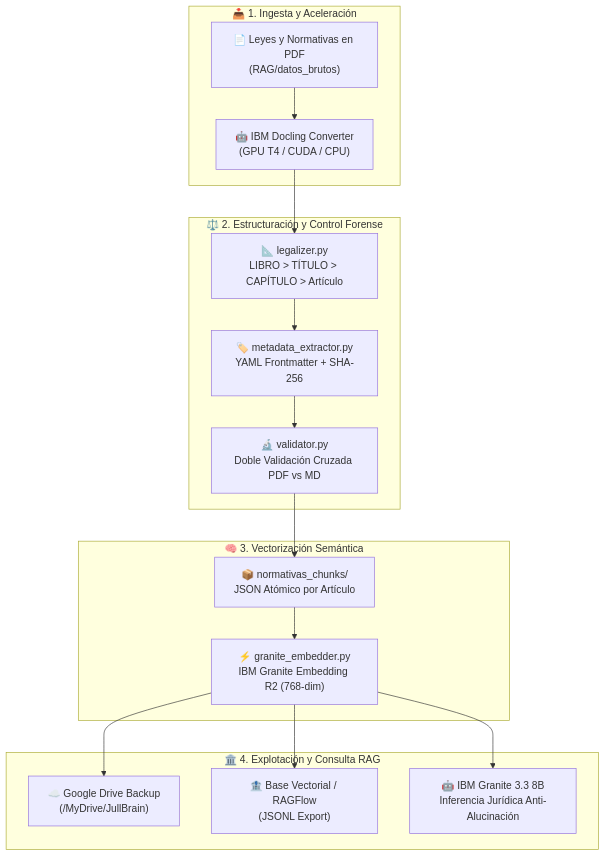
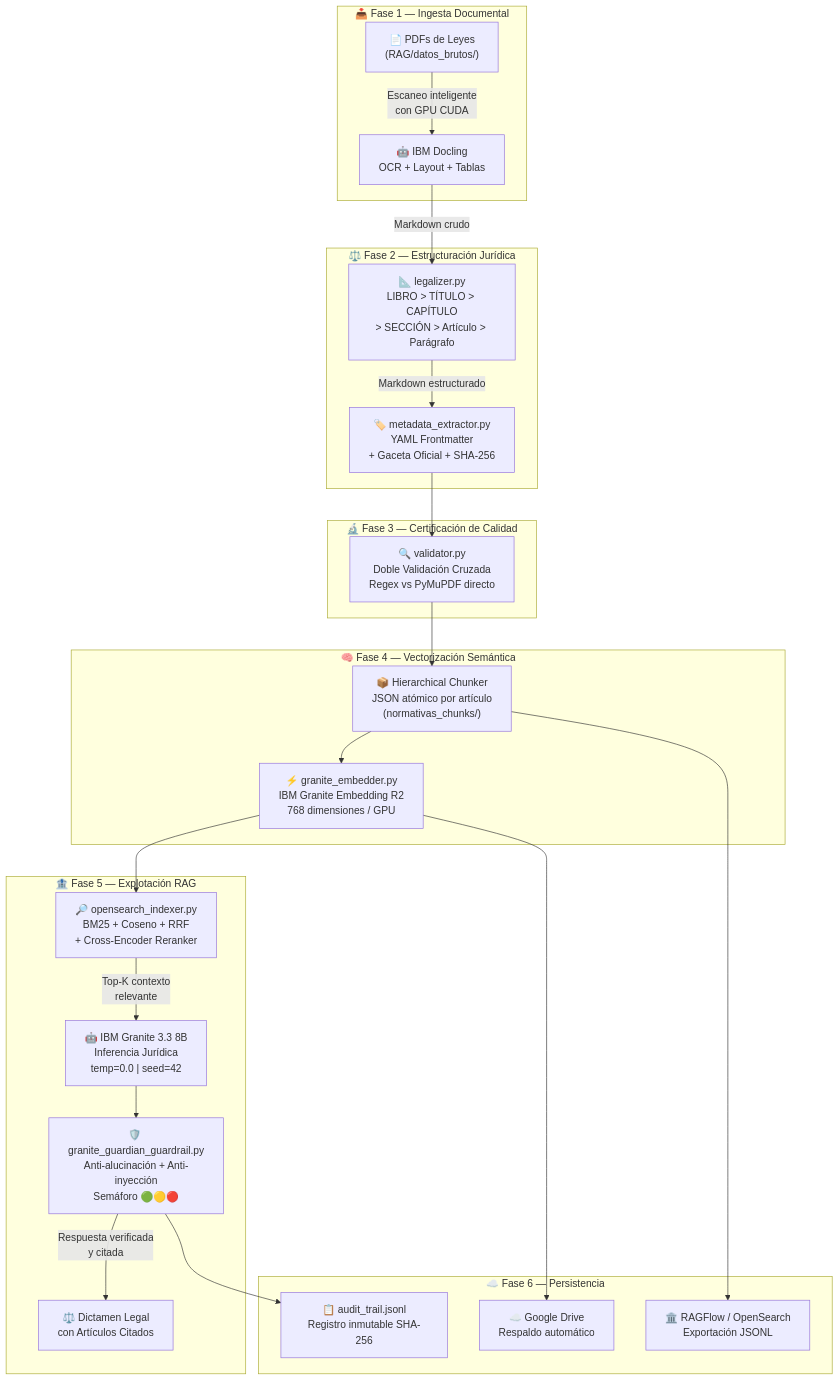
One commit to julljoll/JullBrain changed the diagram in README.md. Above: the diagram before and after it, drawn with Mermaid. The commit also changed other lines of this file, not shown here.

````diff
--- a/README.md
+++ b/README.md
@@ -32,30 +106,52 @@
 ```mermaid
-flowchart TD
-    subgraph INGESTA["📥 1. Ingesta y Aceleración"]
-        PDF["📄 Leyes y Normativas en PDF\n(RAG/datos_brutos)"]
-        DOC["🤖 IBM Docling Converter\n(GPU T4 / CUDA / CPU)"]
-        PDF --> DOC
+flowchart TB
+    subgraph INGESTA["📥 Fase 1 — Ingesta Documental"]
+        PDF["📄 PDFs de Leyes\n(RAG/datos_brutos/)"]
+        DOC["🤖 IBM Docling\nOCR + Layout + Tablas"]
+        PDF -->|"Escaneo inteligente\ncon GPU CUDA"| DOC
     end
 
-    subgraph PROCESAMIENTO["⚖️ 2. Estructuración y Control Forense"]
-        LEG["📐 legalizer.py\nLIBRO > TÍTULO > CAPÍTULO > Artículo"]
-        META["🏷️ metadata_extractor.py\nYAML Frontmatter + SHA-256"]
-        VAL["🔬 validator.py\nDoble Validación Cruzada PDF vs MD"]
-        DOC --> LEG --> META --> VAL
+    subgraph LEGAL["⚖️ Fase 2 — Estructuración Jurídica"]
+        LEG["📐 legalizer.py\nLIBRO > TÍTULO > CAPÍTULO\n> SECCIÓN > Artículo > Parágrafo"]
+        META["🏷️ metadata_extractor.py\nYAML Frontmatter\n+ Gaceta Oficial + SHA-256"]
+        DOC -->|"Markdown crudo"| LEG
+        LEG -->|"Markdown estructurado"| META
     end
 
-    subgraph VECTORIZACION["🧠 3. Vectorización Semántica"]
-        EMB["⚡ granite_embedder.py\nIBM Granite Embedding R2 (768-dim)"]
-        CHUNK["📦 normativas_chunks/\nJSON Atómico por Artículo"]
+    subgraph QA["🔬 Fase 3 — Certificación de Calidad"]
+        VAL["🔍 validator.py\nDoble Validación Cruzada\nRegex vs PyMuPDF directo"]
+        META --> VAL
+    end
+
+    subgraph VECTOR["🧠 Fase 4 — Vectorización Semántica"]
+        CHUNK["📦 Hierarchical Chunker\nJSON atómico por artículo\n(normativas_chunks/)"]
+        EMB["⚡ granite_embedder.py\nIBM Granite Embedding R2\n768 dimensiones / GPU"]
         VAL --> CHUNK --> EMB
     end
 
-    subgraph DESTINO["🏛️ 4. Explotación y Consulta RAG"]
-        DRIVE["☁️ Google Drive Backup\n(/MyDrive/JullBrain)"]
-        RAGFLOW["🏦 Base Vectorial / RAGFlow\n(JSONL Export)"]
-        LLM["🤖 IBM Granite 3.3 8B\nInferencia Jurídica Anti-Alucinación"]
+    subgraph RAG["🏦 Fase 5 — Explotación RAG"]
+        IDX["🔎 opensearch_indexer.py\nBM25 + Coseno + RRF\n+ Cross-Encoder Reranker"]
+        GUARD["🛡️ granite_guardian_guardrail.py\nAnti-alucinación + Anti-inyección\nSemáforo 🟢🟡🔴"]
+        LLM["🤖 IBM Granite 3.3 8B\nInferencia Jurídica\ntemp=0.0 | seed=42"]
+        EMB --> IDX
+        IDX -->|"Top-K contexto\nrelevante"| LLM
+        LLM --> GUARD
+        GUARD -->|"Respuesta verificada\ny citada"| RESP["⚖️ Dictamen Legal\ncon Artículos Citados"]
+    end
+
+    subgraph PERSIST["☁️ Fase 6 — Persistencia"]
+        DRIVE["☁️ Google Drive\nRespaldo automático"]
+        RAGFLOW["🏛️ RAGFlow / OpenSearch\nExportación JSONL"]
+        AUDIT["📋 audit_trail.jsonl\nRegistro inmutable SHA-256"]
         EMB --> DRIVE
-        EMB --> RAGFLOW
-        EMB --> LLM
+        CHUNK --> RAGFLOW
+        GUARD --> AUDIT
     end
+
+    classDef phase1 fill:#0d1117,stroke:#58a6ff,color:#f0f6fc
+    classDef phase2 fill:#0d1117,stroke:#f2cc60,color:#f0f6fc
+    classDef phase3 fill:#0d1117,stroke:#ff6b6b,color:#f0f6fc
+    classDef phase4 fill:#0d1117,stroke:#7b3fe4,color:#f0f6fc
+    classDef phase5 fill:#0d1117,stroke:#00ff41,color:#f0f6fc
+    classDef phase6 fill:#0d1117,stroke:#8b949e,color:#f0f6fc
 ```
````
